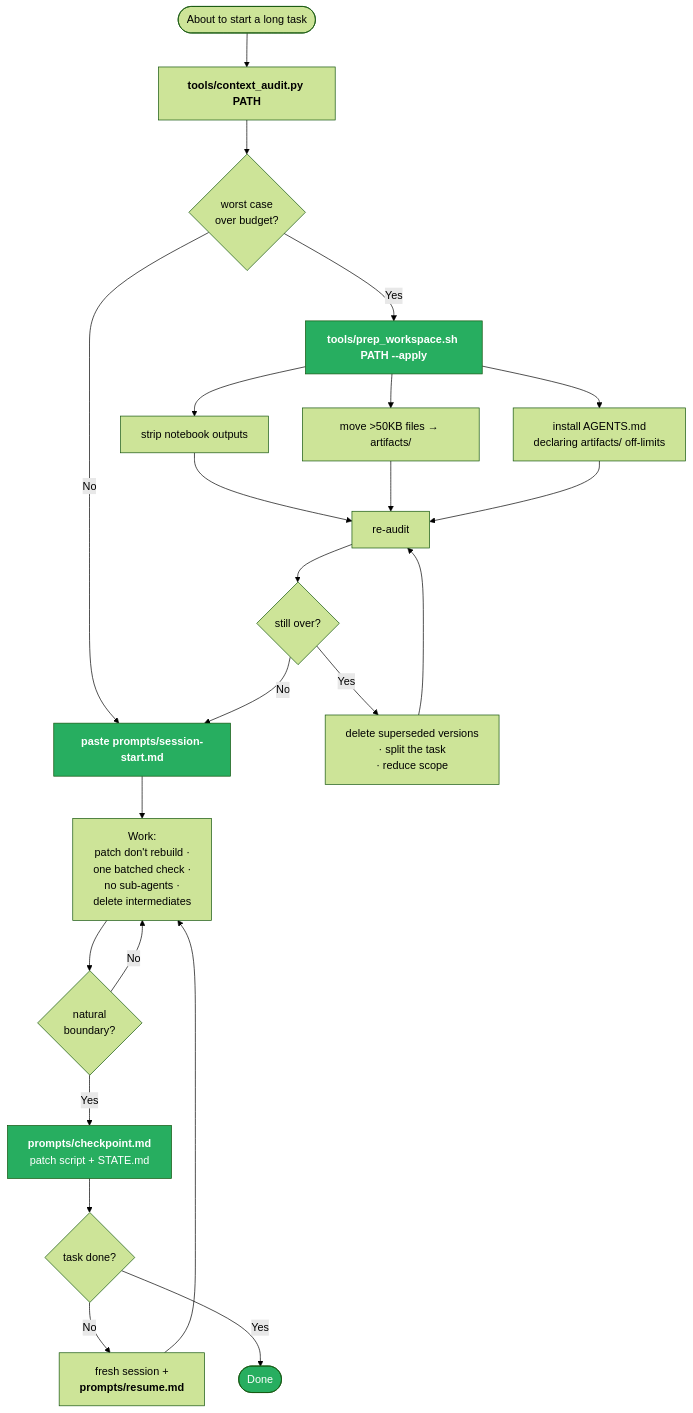
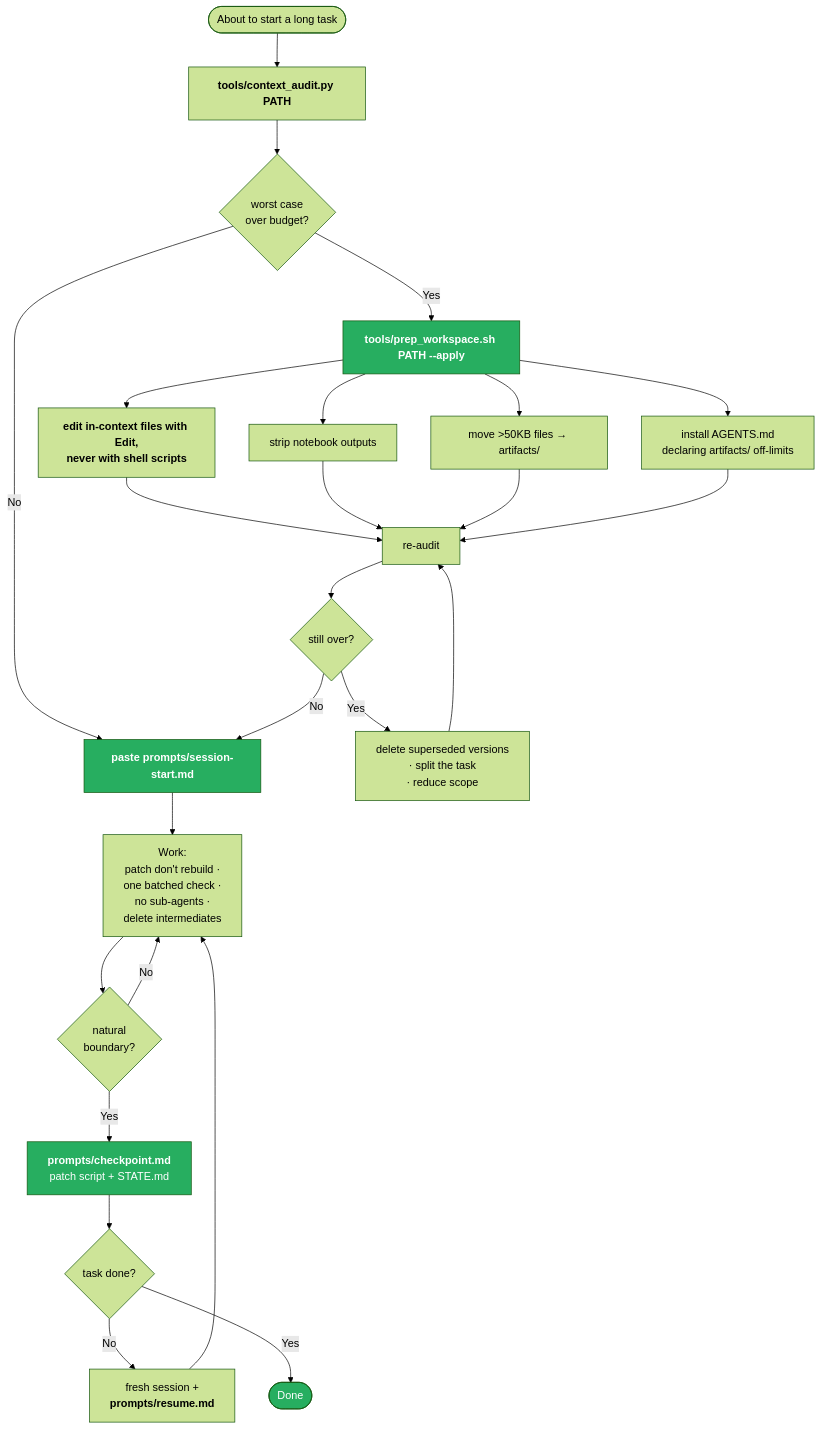
The fifth of 6 diagrams in docs/00-diagrams.md (Purva-21/claude-session-limit-mitigation), drawn with Mermaid (forest theme) before and after one commit. The commit also changed other lines of this file and 3 other files, not shown here.

First line of the commit message:
Redraw the diagrams around the measured mechanism

````diff
--- a/docs/00-diagrams.md
+++ b/docs/00-diagrams.md
@@ -101,34 +140,36 @@
 ```mermaid
 flowchart TD
     START(["About to start a long task"]) --> AUDIT["<b>tools/context_audit.py PATH</b>"]
     AUDIT --> Q1{"worst case<br/>over budget?"}
 
     Q1 -->|No| PROMPT
     Q1 -->|Yes| PREP["<b>tools/prep_workspace.sh PATH --apply</b>"]
 
     PREP --> P1["strip notebook outputs"]
     PREP --> P2["move &gt;50KB files → artifacts/"]
     PREP --> P3["install AGENTS.md<br/>declaring artifacts/ off-limits"]
+    PREP --> P4["<b>edit in-context files with Edit,<br/>never with shell scripts</b>"]
+    P4 --> RE
     P1 --> RE["re-audit"]
     P2 --> RE
     P3 --> RE
 
     RE --> Q2{"still over?"}
     Q2 -->|Yes| CUT["delete superseded versions<br/>· split the task<br/>· reduce scope"]
     CUT --> RE
     Q2 -->|No| PROMPT["<b>paste prompts/session-start.md</b>"]
 
     PROMPT --> WORK["Work:<br/>patch don't rebuild ·<br/>one batched check ·<br/>no sub-agents ·<br/>delete intermediates"]
     WORK --> Q3{"natural<br/>boundary?"}
     Q3 -->|No| WORK
     Q3 -->|Yes| CKPT["<b>prompts/checkpoint.md</b><br/>patch script + STATE.md"]
     CKPT --> Q4{"task done?"}
     Q4 -->|No| FRESH["fresh session +<br/><b>prompts/resume.md</b>"]
     FRESH --> WORK
     Q4 -->|Yes| DONE(["Done"])
 
     style PREP fill:#27ae60,color:#fff
     style PROMPT fill:#27ae60,color:#fff
     style CKPT fill:#27ae60,color:#fff
     style DONE fill:#27ae60,color:#fff
 ```
````
